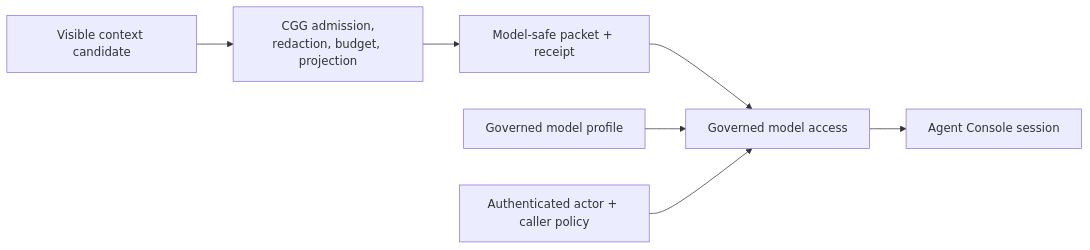
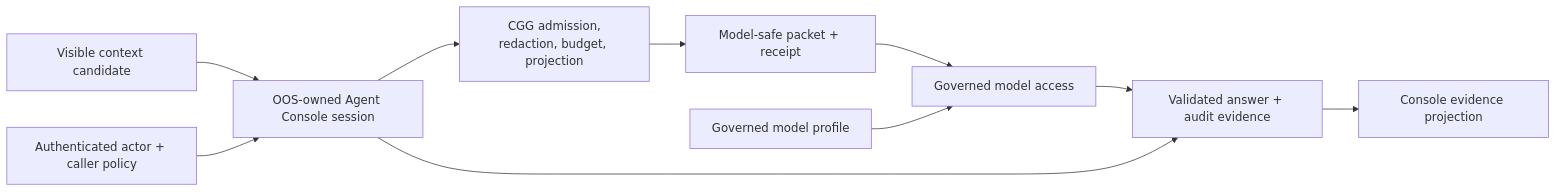
One commit to mfshaf7/governance-operations-console changed the third of 3 diagrams in docs/product/architecture/views/06-runtime-release.md. Above: the diagram before and after it, drawn with Mermaid. The commit also changed other lines of this file and 36 other files, not shown here.

Commit message:
feat(agent-console): route interaction through governed services (#61)

````diff
--- a/docs/product/architecture/views/06-runtime-release.md
+++ b/docs/product/architecture/views/06-runtime-release.md
@@ -82,9 +82,12 @@
 ```mermaid
 flowchart LR
-  Candidate["Visible context candidate"] --> CGG["CGG admission,<br/>redaction, budget, projection"]
+  Candidate["Visible context candidate"] --> OOS["OOS-owned Agent Console session"]
+  Identity["Authenticated actor + caller policy"] --> OOS
+  OOS --> CGG["CGG admission,<br/>redaction, budget, projection"]
   CGG --> Packet["Model-safe packet + receipt"]
   Packet --> Access["Governed model access"]
   Profile["Governed model profile"] --> Access
-  Identity["Authenticated actor + caller policy"] --> Access
-  Access --> Agent["Agent Console session"]
+  Access --> Evidence["Validated answer + audit evidence"]
+  OOS --> Evidence
+  Evidence --> Agent["Console evidence projection"]
 ```
````
